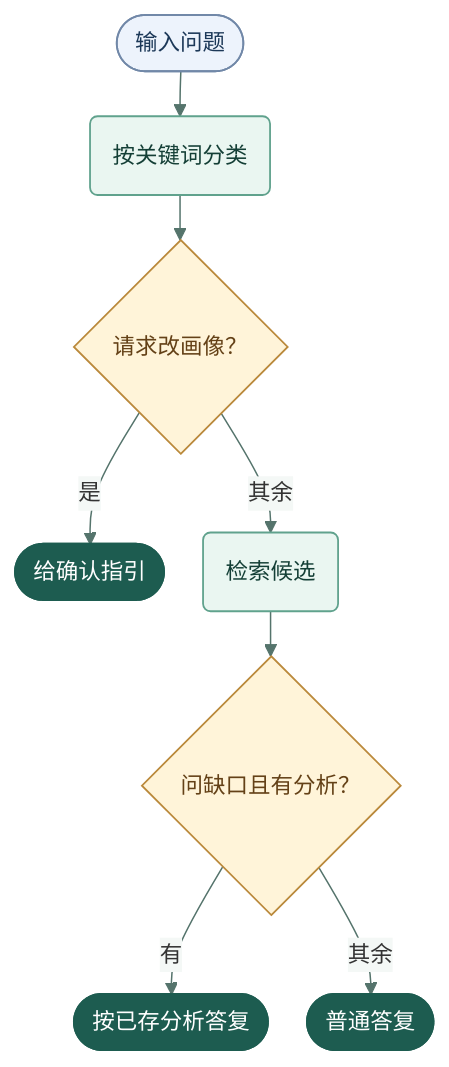
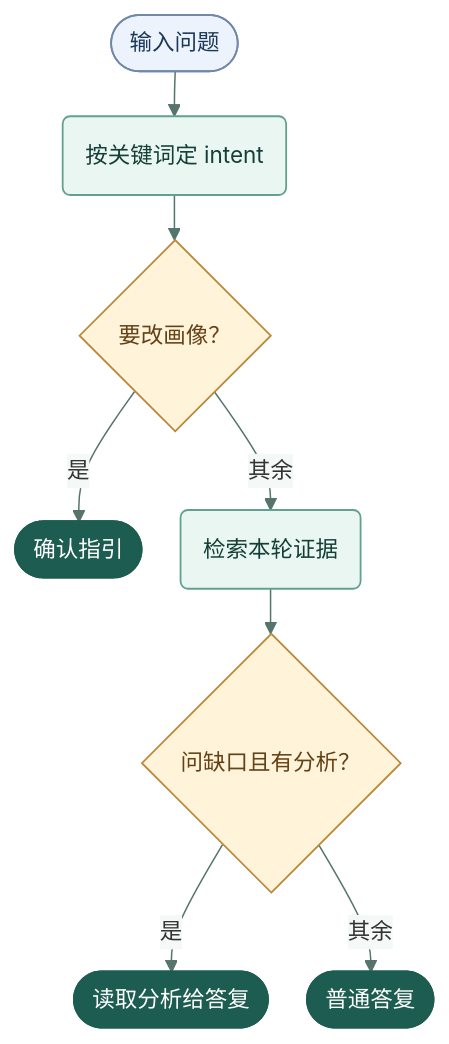
Before and after one commit to wenmo-yu/careerlens: the diagram in tutorials/01-agent-design/01-A2-路由与结束条件.md, drawn with Mermaid. The commit also changed other lines of this file and 15 other files, not shown here.

````diff
--- a/tutorials/01-agent-design/01-A2-路由与结束条件.md
+++ b/tutorials/01-agent-design/01-A2-路由与结束条件.md
@@ -31,21 +30,21 @@
 ```mermaid
 %%{init: {"theme":"base","themeVariables":{"fontFamily":"system-ui, sans-serif","fontSize":"15px","lineColor":"#55746c","edgeLabelBackground":"#f4f8f6"},"flowchart":{"nodeSpacing":26,"rankSpacing":30,"curve":"basis"}}}%%
 flowchart TB
-    accTitle: CareerLens 对话图的三条出口
-    accDescr: 对话先分类。记忆更新径直给确认指引，其余先检索，再根据是否问缺口且有分析来选择普通或缺口答复。
-    start(["输入问题"]) --> classify("按关键词分类")
-    classify --> memory{"请求改画像？"}
-    memory -->|是| guide(["给确认指引"])
-    memory -->|其余| fetch("检索候选")
-    fetch --> hasAnalysis{"问缺口且有分析？"}
-    hasAnalysis -->|有| gap(["按已存分析答复"])
-    hasAnalysis -->|其余| answer(["普通答复"])
+    accTitle: 真实对话图里的分类、检索和三个出口
+    accDescr: 记忆更新返回指引。其他问题先检索，随后按是否有岗位分析选择普通答复或缺口答复。
+    start(["输入问题"]) --> kind("按关键词定 intent")
+    kind --> guard{"要改画像？"}
+    guard -->|是| confirm(["确认指引"])
+    guard -->|其余| find("检索本轮证据")
+    find --> job{"问缺口且有分析？"}
+    job -->|是| gaps(["读取分析给答复"])
+    job -->|其余| answer(["普通答复"])
     class start input
-    class classify,fetch action
-    class memory,hasAnalysis decision
-    class guide,gap,answer output
+    class kind,find action
+    class guard,job decision
+    class confirm,gaps,answer output
     classDef input fill:#edf3fc,stroke:#7188a8,color:#1c3858,stroke-width:1.2px
     classDef action fill:#eaf6f1,stroke:#60a28d,color:#143f36,stroke-width:1.2px
     classDef decision fill:#fff4d9,stroke:#ba893b,color:#644117,stroke-width:1.2px
     classDef output fill:#1d5c50,stroke:#1d5c50,color:#ffffff,stroke-width:1.2px
 ```
````
